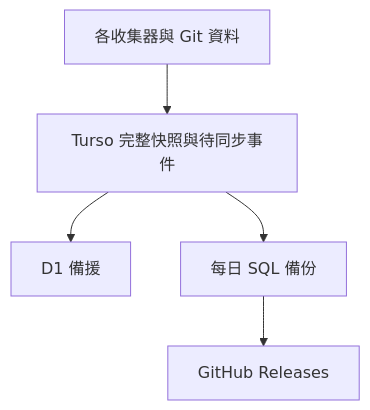
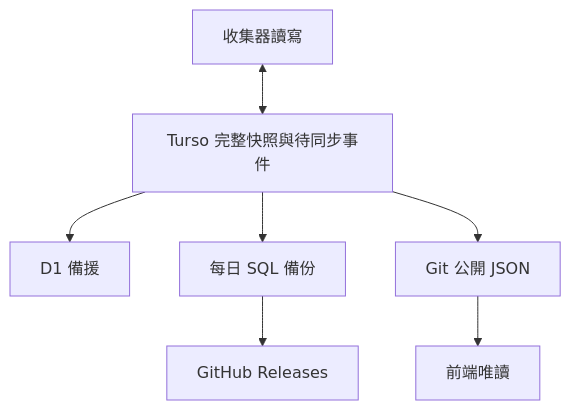
The diagram in docs/database-storage.md (danielet087/game-trend-radar-backend), drawn with Mermaid before and after one commit. The commit also changed other lines of this file and 76 other files, not shown here.

````diff
--- a/docs/database-storage.md
+++ b/docs/database-storage.md
@@ -13,7 +15,9 @@
 ```mermaid
 flowchart TD
-  A[各收集器與 Git 資料] --> B[Turso 完整快照與待同步事件]
+  A[收集器讀寫] <--> B[Turso 完整快照與待同步事件]
   B --> C[D1 備援]
   B --> D[每日 SQL 備份]
   D --> E[GitHub Releases]
+  B --> F[Git 公開 JSON]
+  F --> G[前端唯讀]
 ```
````
